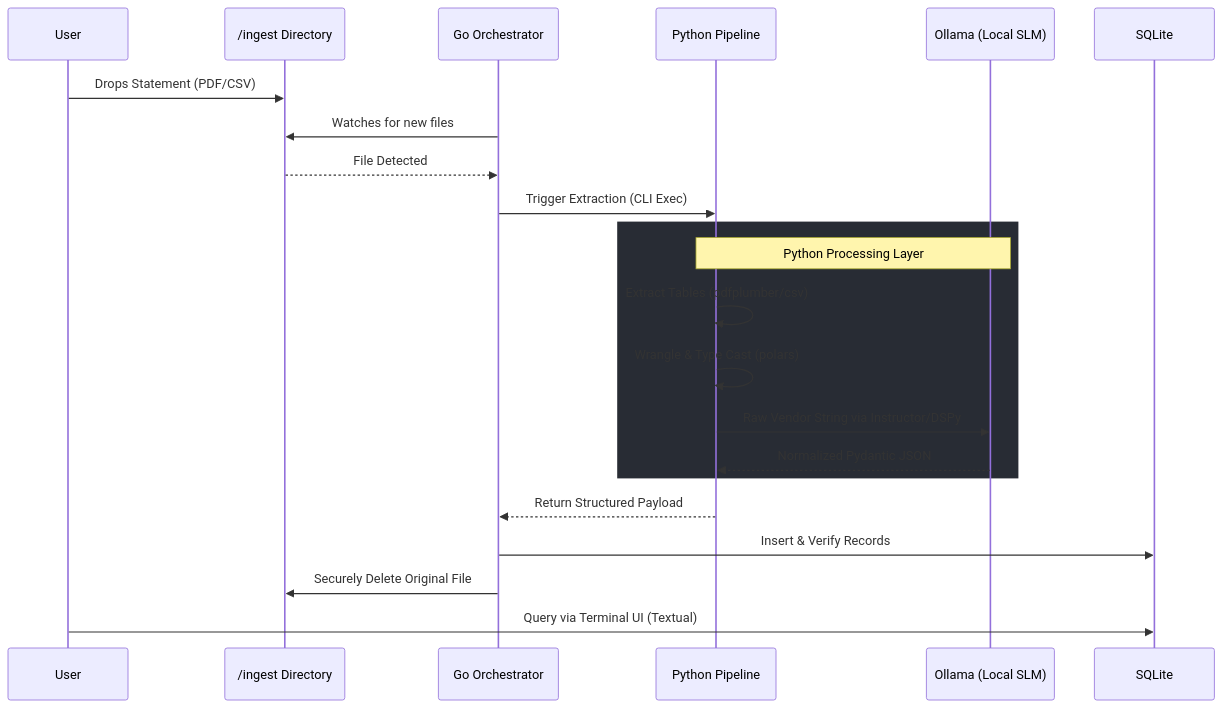
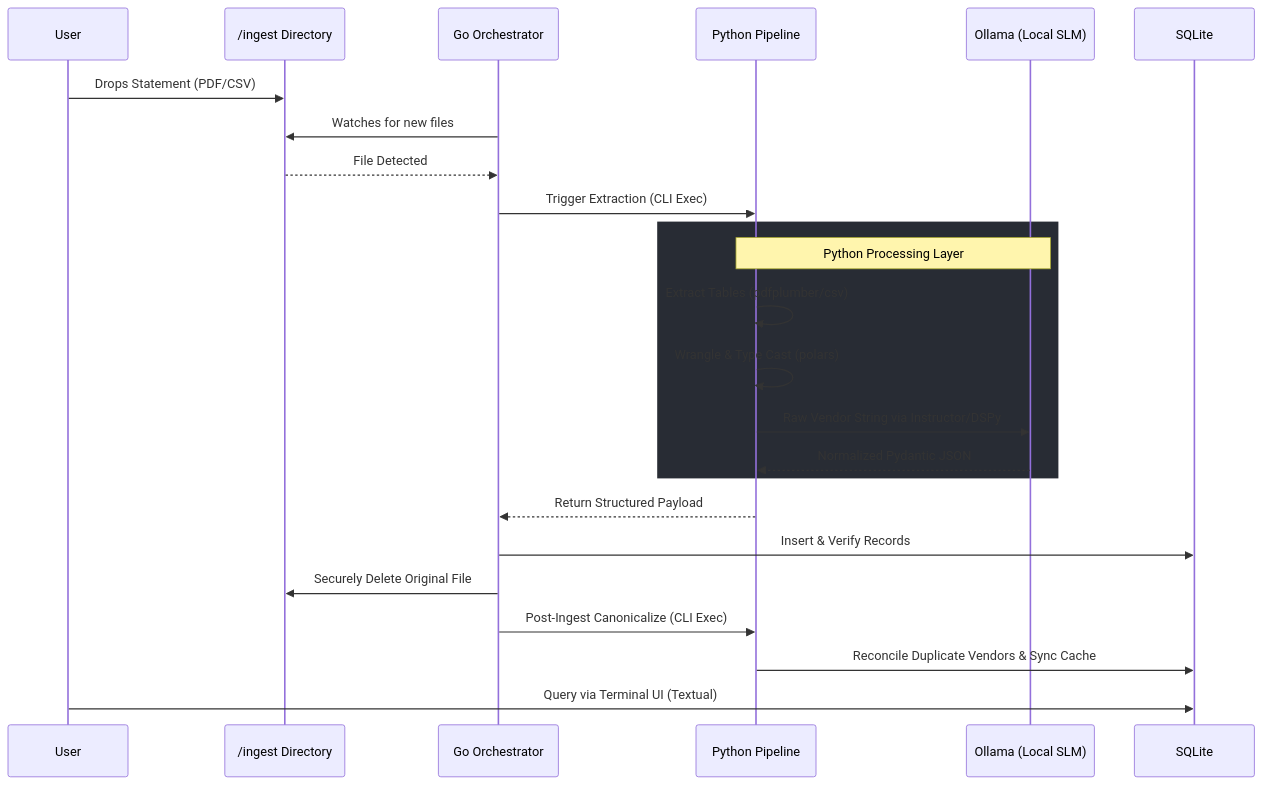
Before and after one commit to codeja3/SpendSight: the diagram in README.md, drawn with Mermaid. The commit also changed other lines of this file, not shown here.

Commit message:
docs: update README with Phase 9 architecture and completion log

````diff
--- a/README.md
+++ b/README.md
@@ -15,28 +15,30 @@
 ```mermaid
 sequenceDiagram
     participant U as User
     participant Dir as /ingest Directory
     participant Go as Go Orchestrator
     participant Py as Python Pipeline
     participant LLM as Ollama (Local SLM)
     participant DB as SQLite
 
     U->>Dir: Drops Statement (PDF/CSV)
     Go->>Dir: Watches for new files
     Dir-->>Go: File Detected
     Go->>Py: Trigger Extraction (CLI Exec)
     
     rect rgb(40, 44, 52)
         Note over Py,LLM: Python Processing Layer
         Py->>Py: Extract Tables (pdfplumber/csv)
         Py->>Py: Wrangle & Type Cast (polars)
         Py->>LLM: Raw Vendor String via Instructor/DSPy
         LLM-->>Py: Normalized Pydantic JSON
     end
     
     Py-->>Go: Return Structured Payload
     Go->>DB: Insert & Verify Records
     Go->>Dir: Securely Delete Original File
+    Go->>Py: Post-Ingest Canonicalize (CLI Exec)
+    Py->>DB: Reconcile Duplicate Vendors & Sync Cache
     
     U->>DB: Query via Terminal UI (Textual)
 ```
````
